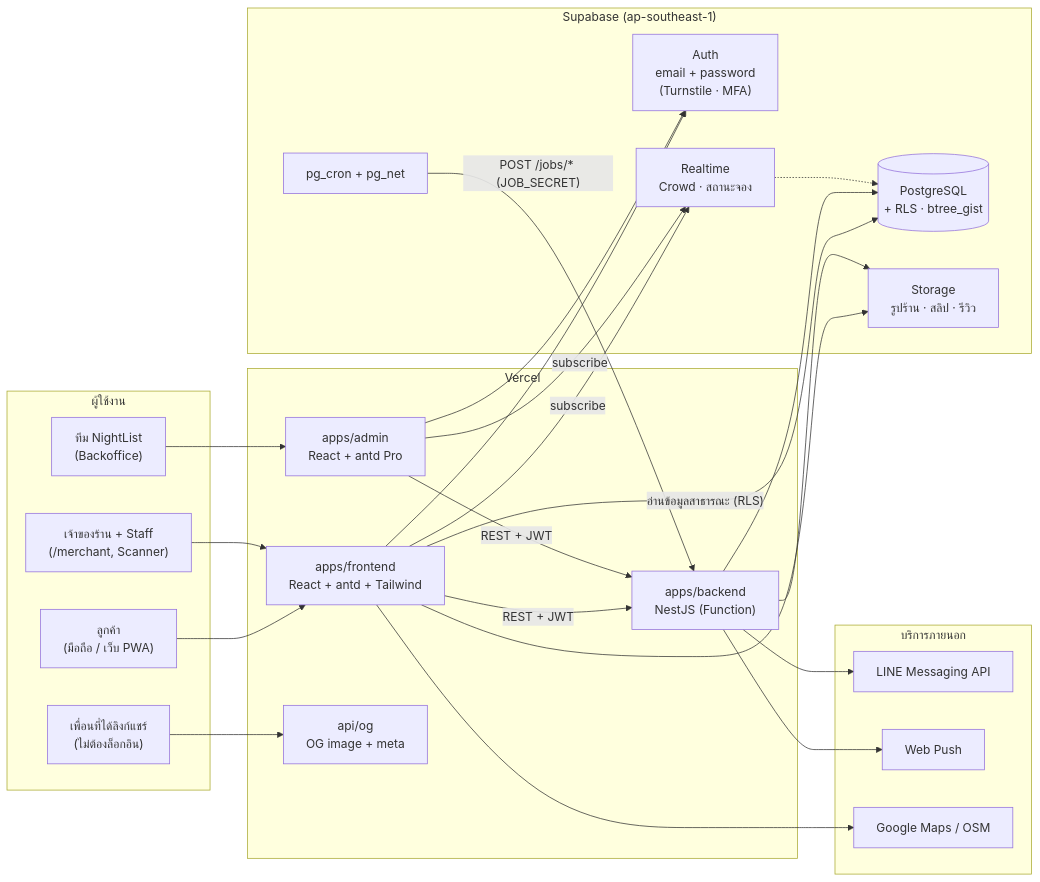
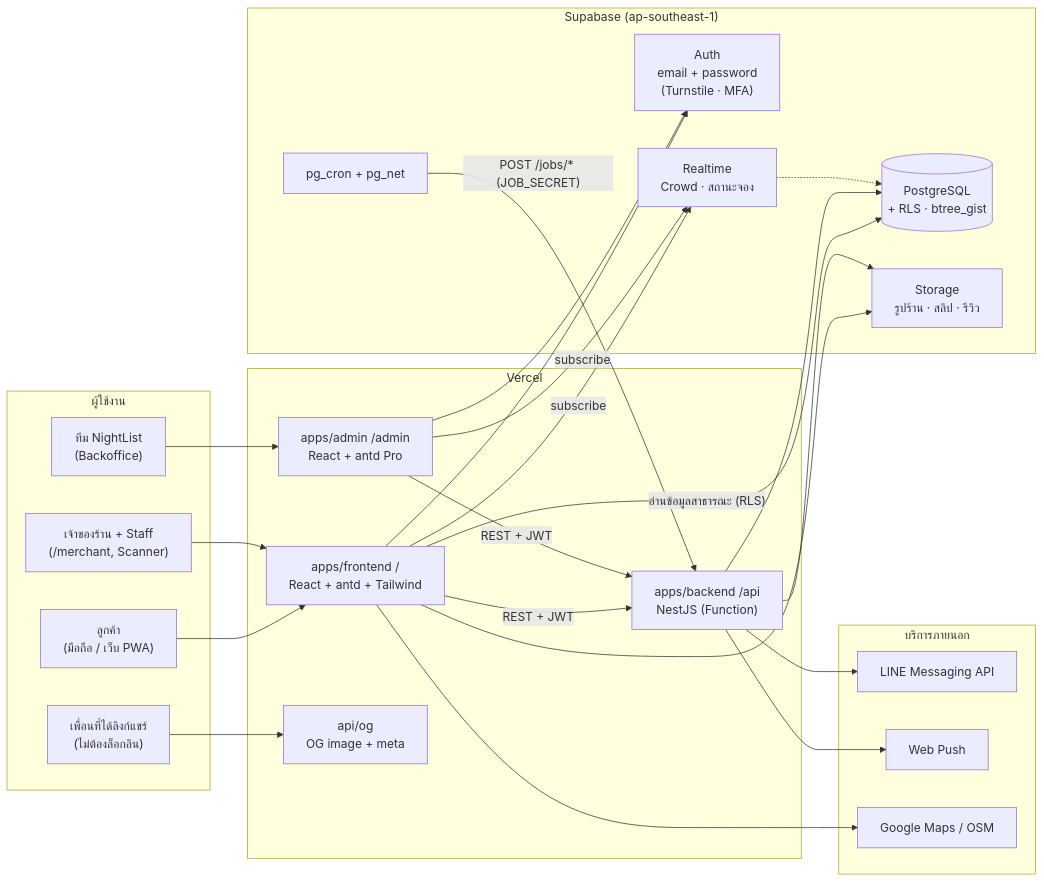
One commit to NightList/NightList changed the first of 6 diagrams in docs/ARCHITECTURE.md. Above: the diagram before and after it, drawn with Mermaid. The commit also changed other lines of this file and 12 other files, not shown here.

First line of the commit message:
feat(deploy): Vercel services — project เดียว frontend "/", admin "/admin", backend "/api"

````diff
--- a/docs/ARCHITECTURE.md
+++ b/docs/ARCHITECTURE.md
@@ -7,46 +7,46 @@
 ```mermaid
 flowchart LR
   subgraph Clients["ผู้ใช้งาน"]
     C["ลูกค้า<br/>(มือถือ / เว็บ PWA)"]
     M["เจ้าของร้าน + Staff<br/>(/merchant, Scanner)"]
     A["ทีม NightList<br/>(Backoffice)"]
     F["เพื่อนที่ได้ลิงก์แชร์<br/>(ไม่ต้องล็อกอิน)"]
   end
 
   subgraph Vercel["Vercel"]
-    WEB["apps/frontend<br/>React + antd + Tailwind"]
-    ADM["apps/admin<br/>React + antd Pro"]
+    WEB["apps/frontend  /<br/>React + antd + Tailwind"]
+    ADM["apps/admin  /admin<br/>React + antd Pro"]
     OG["api/og<br/>OG image + meta"]
-    API["apps/backend<br/>NestJS (Function)"]
+    API["apps/backend  /api<br/>NestJS (Function)"]
   end
 
   subgraph Supabase["Supabase (ap-southeast-1)"]
     AUTH["Auth<br/>email + password<br/>(Turnstile · MFA)"]
     DB[("PostgreSQL<br/>+ RLS · btree_gist")]
     ST["Storage<br/>รูปร้าน · สลิป · รีวิว"]
     RT["Realtime<br/>Crowd · สถานะจอง"]
     CRON["pg_cron + pg_net"]
   end
 
   subgraph External["บริการภายนอก"]
     LINE["LINE Messaging API"]
     PUSH["Web Push"]
     MAP["Google Maps / OSM"]
   end
 
   C & M --> WEB
   A --> ADM
   F --> OG
   WEB & ADM -- "REST + JWT" --> API
   WEB -- "อ่านข้อมูลสาธารณะ (RLS)" --> DB
   WEB & ADM -- "subscribe" --> RT
   WEB & ADM --> AUTH
   WEB --> ST
   WEB --> MAP
   API --> DB
   API --> ST
   API --> LINE
   API --> PUSH
   CRON -- "POST /jobs/* (JOB_SECRET)" --> API
   RT -.-> DB
 ```
````
